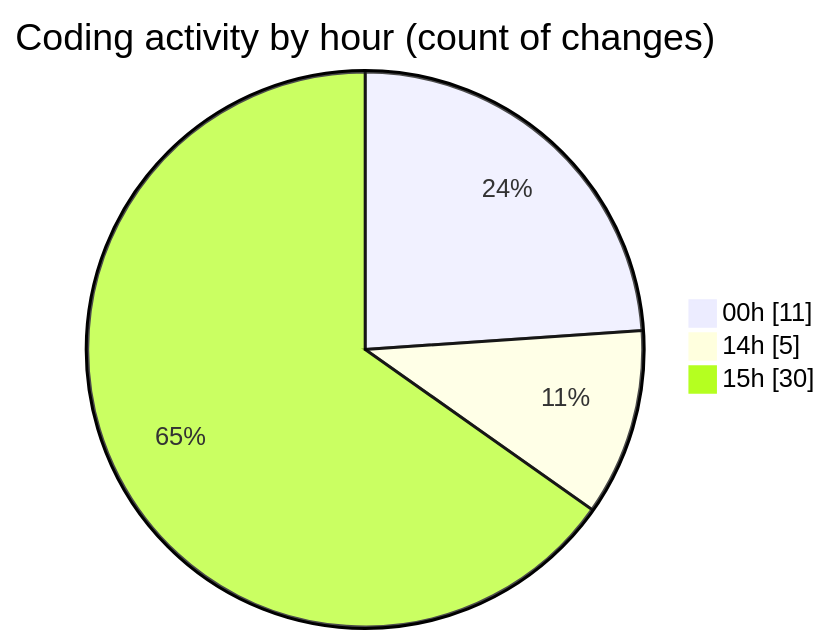
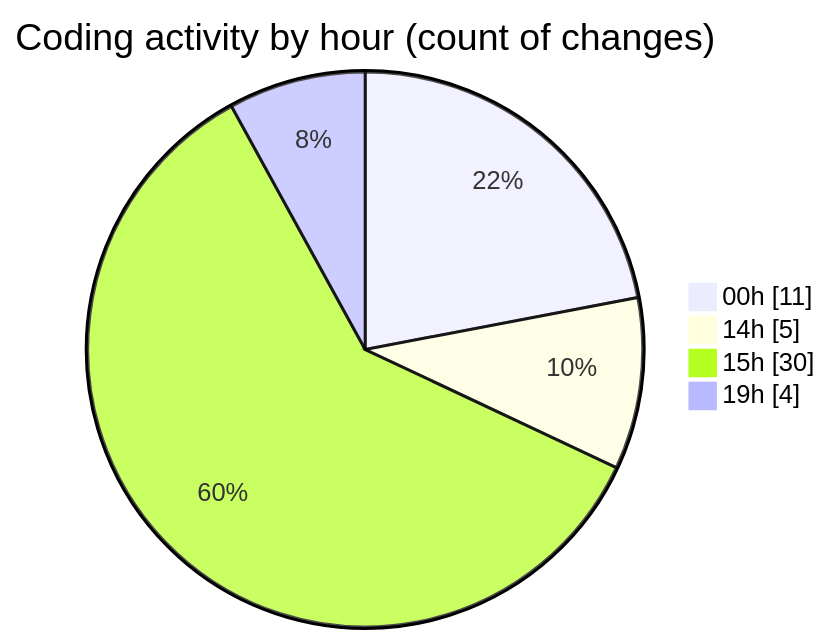
One commit to Ritupan-Deka/code-tracking changed the second of 2 diagrams in 2025-06-21/refinedproject/README.md. Above: the diagram before and after it, drawn with Mermaid. The commit also changed other lines of this file and 1 other file, not shown here.

````diff
--- a/2025-06-21/refinedproject/README.md
+++ b/2025-06-21/refinedproject/README.md
@@ -35,7 +35,8 @@
 ```mermaid
 pie showData
 title Coding activity by hour (count of changes)
 "00h" : 11
 "14h" : 5
 "15h" : 30
+"19h" : 4
 ```
````
